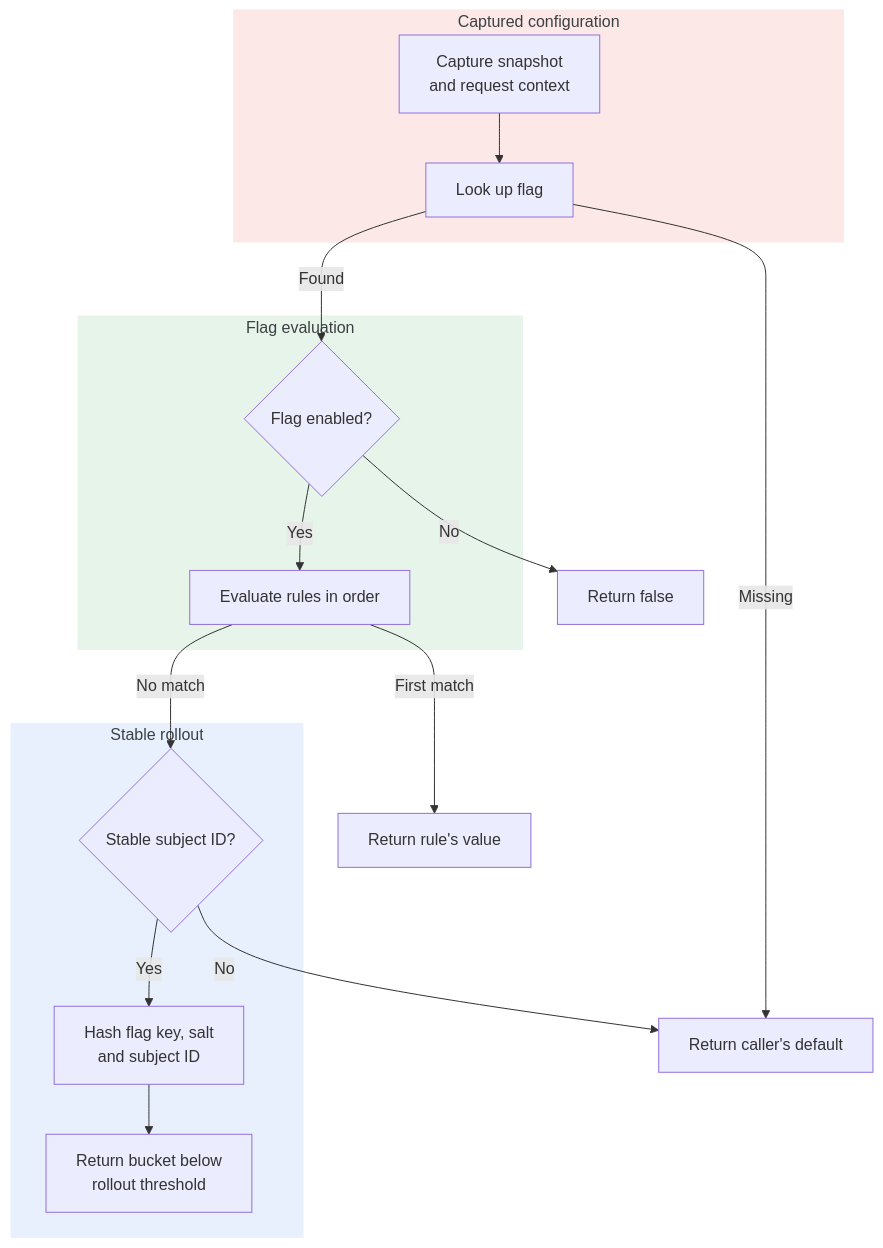
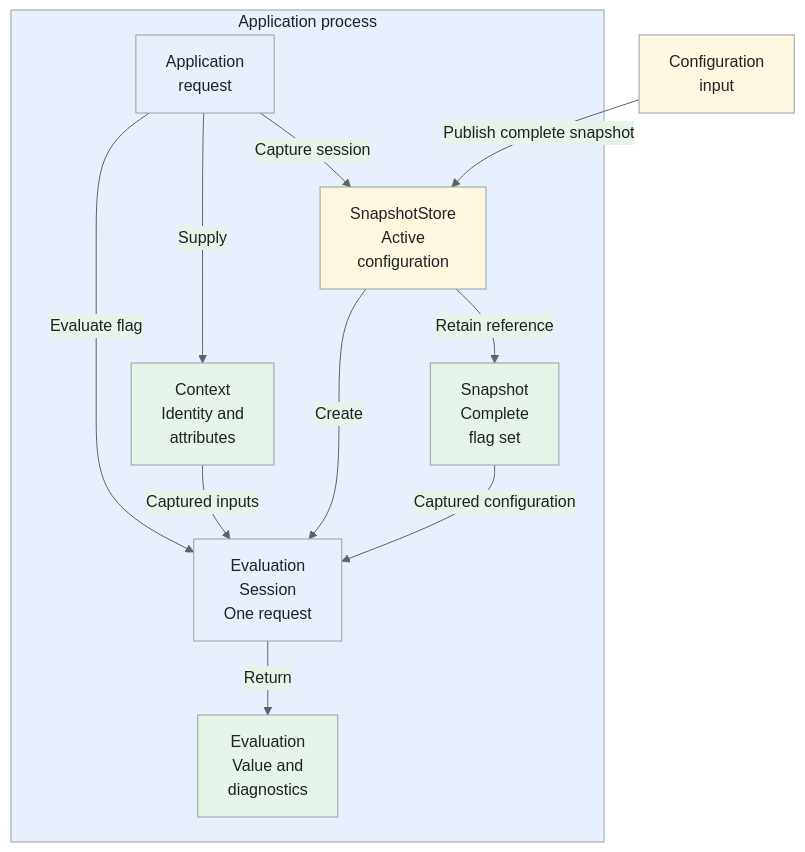
The first of 6 diagrams in _designs/low-level-design-feature-flag-evaluator.md (iliazlobin/iliazlobin.github.io), drawn with Mermaid before and after one commit. The commit also changed other lines of this file and 131 other files, not shown here.

First line of the commit message:
Publish breadth-first designs and interactive website functionality (#206)

````diff
--- a/_designs/low-level-design-feature-flag-evaluator.md
+++ b/_designs/low-level-design-feature-flag-evaluator.md
@@ -76,29 +56,31 @@
 ```mermaid
+%%{init: {"theme":"base","themeVariables":{"primaryColor":"#e8f0fe","primaryBorderColor":"#9aa0a6","primaryTextColor":"#202124","secondaryColor":"#e6f4ea","tertiaryColor":"#fef7e0","lineColor":"#5f6368","actorBkg":"#e8f0fe","actorBorder":"#9aa0a6","actorTextColor":"#202124","noteBkgColor":"#fef7e0","noteBorderColor":"#9aa0a6","noteTextColor":"#202124","signalColor":"#5f6368","signalTextColor":"#202124"}}}%%
 flowchart TB
-    accTitle: Feature flag evaluation
-    accDescr: Capture one configuration, apply the off switch and targeting rules, then use a stable rollout if no rule matches.
-    subgraph Request["Captured configuration"]
-        A["Capture snapshot<br>and request context"] --> B["Look up flag"]
+    accTitle: Feature flag evaluator component overview
+    accDescr: Configuration enters SnapshotStore; each application request captures a session that reads one snapshot and context.
+    U["Configuration<br>input"]
+    subgraph Process["Application process"]
+        A["Application<br>request"]
+        S["SnapshotStore<br>Active<br>configuration"]
+        P["Snapshot<br>Complete<br>flag set"]
+        C["Context<br>Identity and<br>attributes"]
+        E["Evaluation<br>Session<br>One request"]
+        R["Evaluation<br>Value and<br>diagnostics"]
+        A -->|"Capture session"| S
+        S -->|"Retain reference"| P
+        S -->|"Create"| E
+        A -->|"Supply"| C
+        C -->|"Captured inputs"| E
+        P -->|"Captured configuration"| E
+        A -->|"Evaluate flag"| E
+        E -->|"Return"| R
     end
-    subgraph Targeting["Flag evaluation"]
-        C{"Flag enabled?"}
-        D["Evaluate rules in order"]
-    end
-    subgraph Rollout["Stable rollout"]
-        E{"Stable subject ID?"}
-        H["Hash flag key, salt<br>and subject ID"]
-        T["Return bucket below<br>rollout threshold"]
-    end
-    B -->|"Missing"| F["Return caller's default"]
-    B -->|"Found"| C
-    C -->|"No"| OFF["Return false"]
-    C -->|"Yes"| D
-    D -->|"First match"| R["Return rule's value"]
-    D -->|"No match"| E
-    E -->|"No"| F
-    E -->|"Yes"| H
-    H --> T
-    style Request fill:#fce8e6,stroke:#fce8e6,color:#3c4043
-    style Targeting fill:#e6f4ea,stroke:#e6f4ea,color:#3c4043
-    style Rollout fill:#e8f0fe,stroke:#e8f0fe,color:#3c4043
+    U -->|"Publish complete snapshot"| S
+    classDef service fill:#e8f0fe,stroke:#9aa0a6,color:#202124
+    classDef data fill:#e6f4ea,stroke:#9aa0a6,color:#202124
+    classDef control fill:#fef7e0,stroke:#9aa0a6,color:#202124
+    class A,E service
+    class P,C,R data
+    class U,S control
+    style Process fill:#e8f0fe,stroke:#9aa0a6,color:#202124
 ```
````
